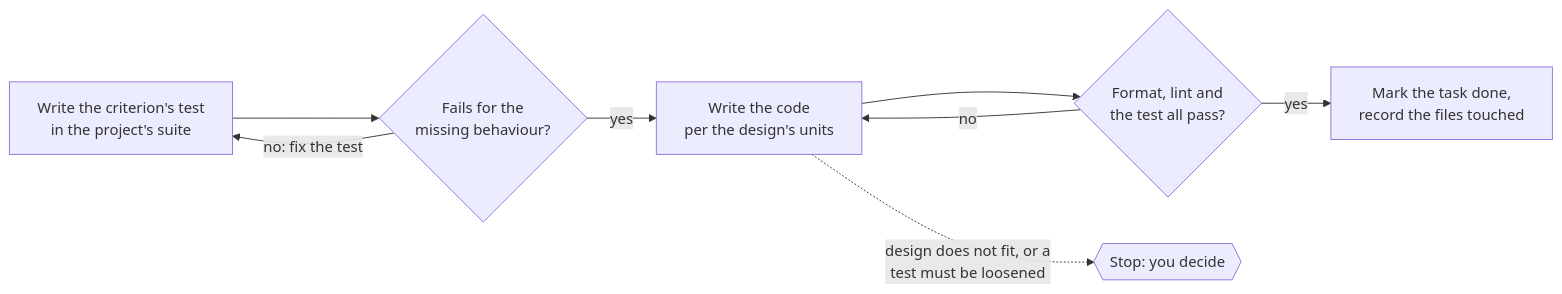
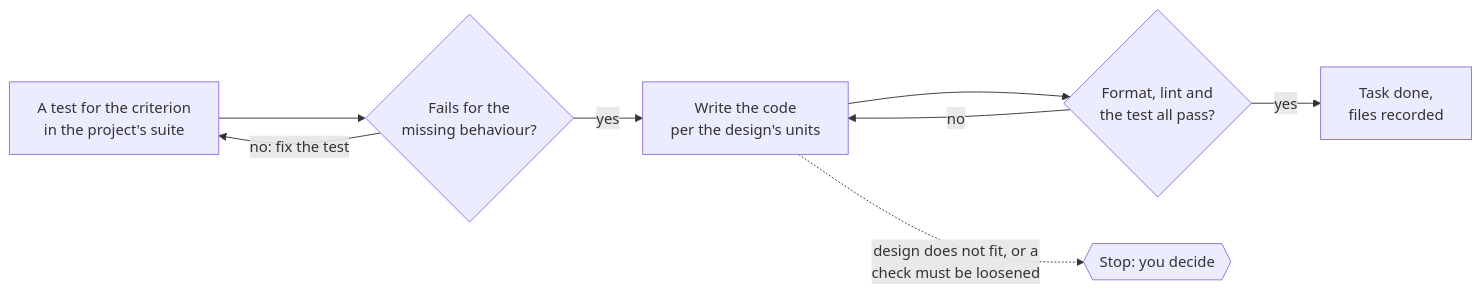
Before and after one commit to SimonWang9610/my-claude: the third of 4 diagrams in plugins/my-workflow/DESIGN.md, drawn with Mermaid. The commit also changed other lines of this file and 21 other files, not shown here.

````diff
--- a/plugins/my-workflow/DESIGN.md
+++ b/plugins/my-workflow/DESIGN.md
@@ -180,10 +369,10 @@
 ```mermaid
 flowchart LR
-  CHECK["Write the criterion's test<br/>in the project's suite"] --> RED{"Fails for the<br/>missing behaviour?"}
+  CHECK["A test for the criterion<br/>in the project's suite"] --> RED{"Fails for the<br/>missing behaviour?"}
   RED -->|"no: fix the test"| CHECK
   RED -->|"yes"| CODE["Write the code<br/>per the design's units"]
   CODE --> LINT{"Format, lint and<br/>the test all pass?"}
   LINT -->|"no"| CODE
-  LINT -->|"yes"| ROW["Mark the task done,<br/>record the files touched"]
-  CODE -.->|"design does not fit, or a<br/>test must be loosened"| ASK{{"Stop: you decide"}}
+  LINT -->|"yes"| ROW["Task done,<br/>files recorded"]
+  CODE -.->|"design does not fit, or a<br/>check must be loosened"| ASK{{"Stop: you decide"}}
 ```
````
